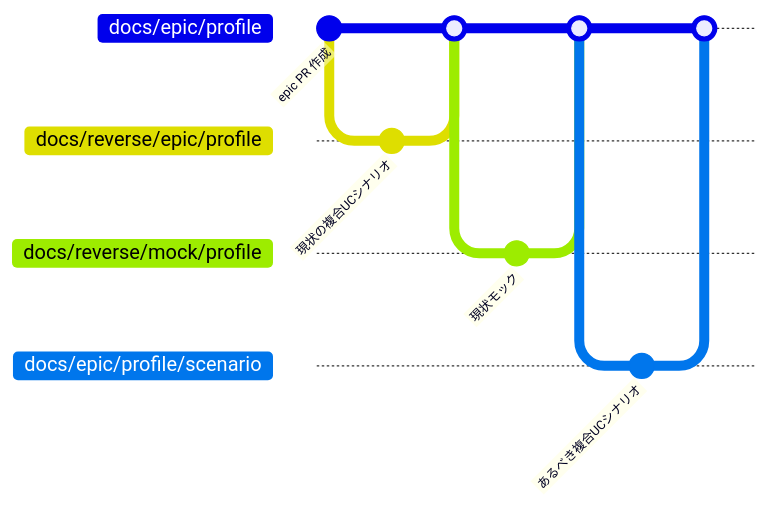
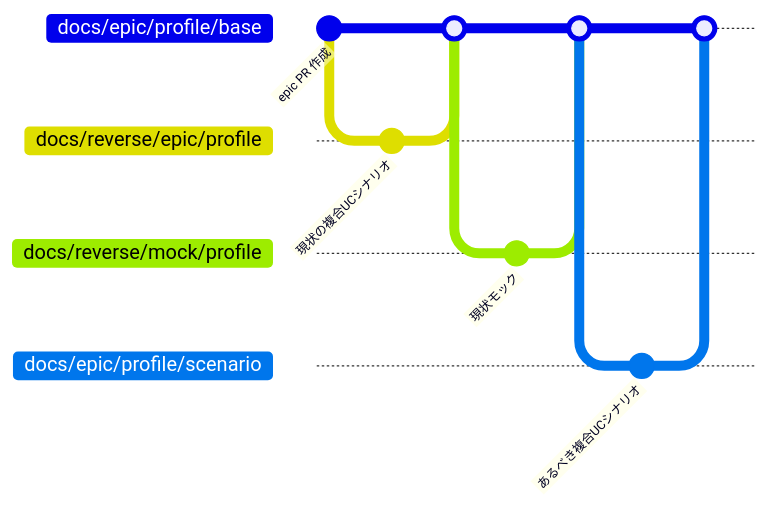
Before and after one commit to shuhei1101/ai-monitor: the fifth of 5 diagrams in docs/wiki/規約/ブランチ戦略.md, drawn with Mermaid. The commit also changed other lines of this file and 174 other files, not shown here.

````diff
--- a/docs/wiki/規約/ブランチ戦略.md
+++ b/docs/wiki/規約/ブランチ戦略.md
@@ -353,27 +373,27 @@
 ```mermaid
 ---
 config:
   gitGraph:
-    mainBranchName: docs/epic/profile
+    mainBranchName: docs/epic/profile/base
 ---
 gitGraph
     commit id: "epic PR 作成"
 
     branch docs/reverse/epic/profile
     checkout docs/reverse/epic/profile
     commit id: "現状の複合UCシナリオ"
-    checkout docs/epic/profile
+    checkout docs/epic/profile/base
     merge docs/reverse/epic/profile
 
     branch docs/reverse/mock/profile
     checkout docs/reverse/mock/profile
     commit id: "現状モック"
-    checkout docs/epic/profile
+    checkout docs/epic/profile/base
     merge docs/reverse/mock/profile
 
     branch docs/epic/profile/scenario
     checkout docs/epic/profile/scenario
     commit id: "あるべき複合UCシナリオ"
-    checkout docs/epic/profile
+    checkout docs/epic/profile/base
     merge docs/epic/profile/scenario
 ```
````
